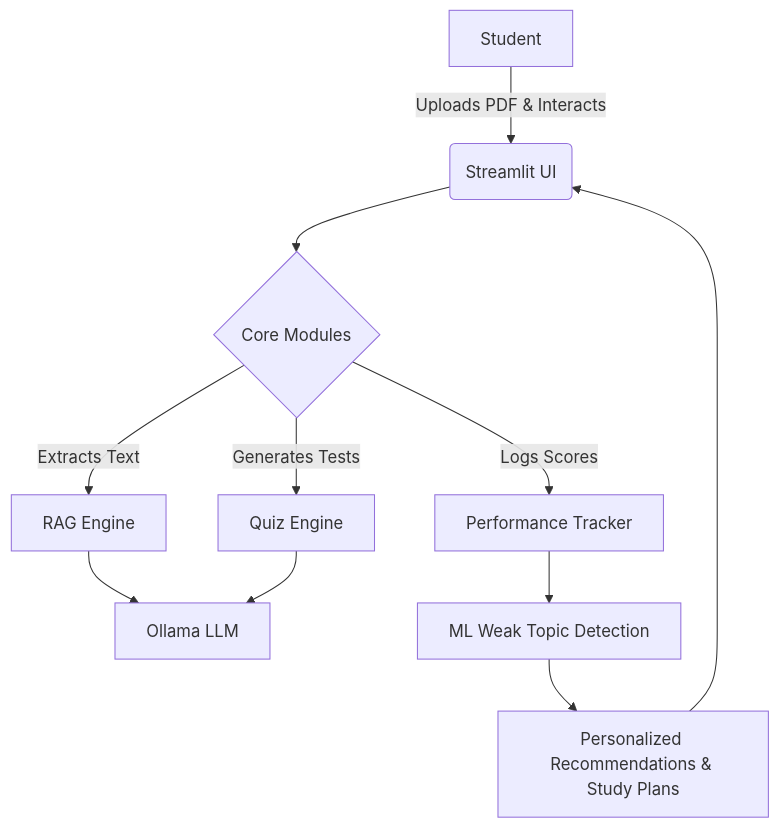
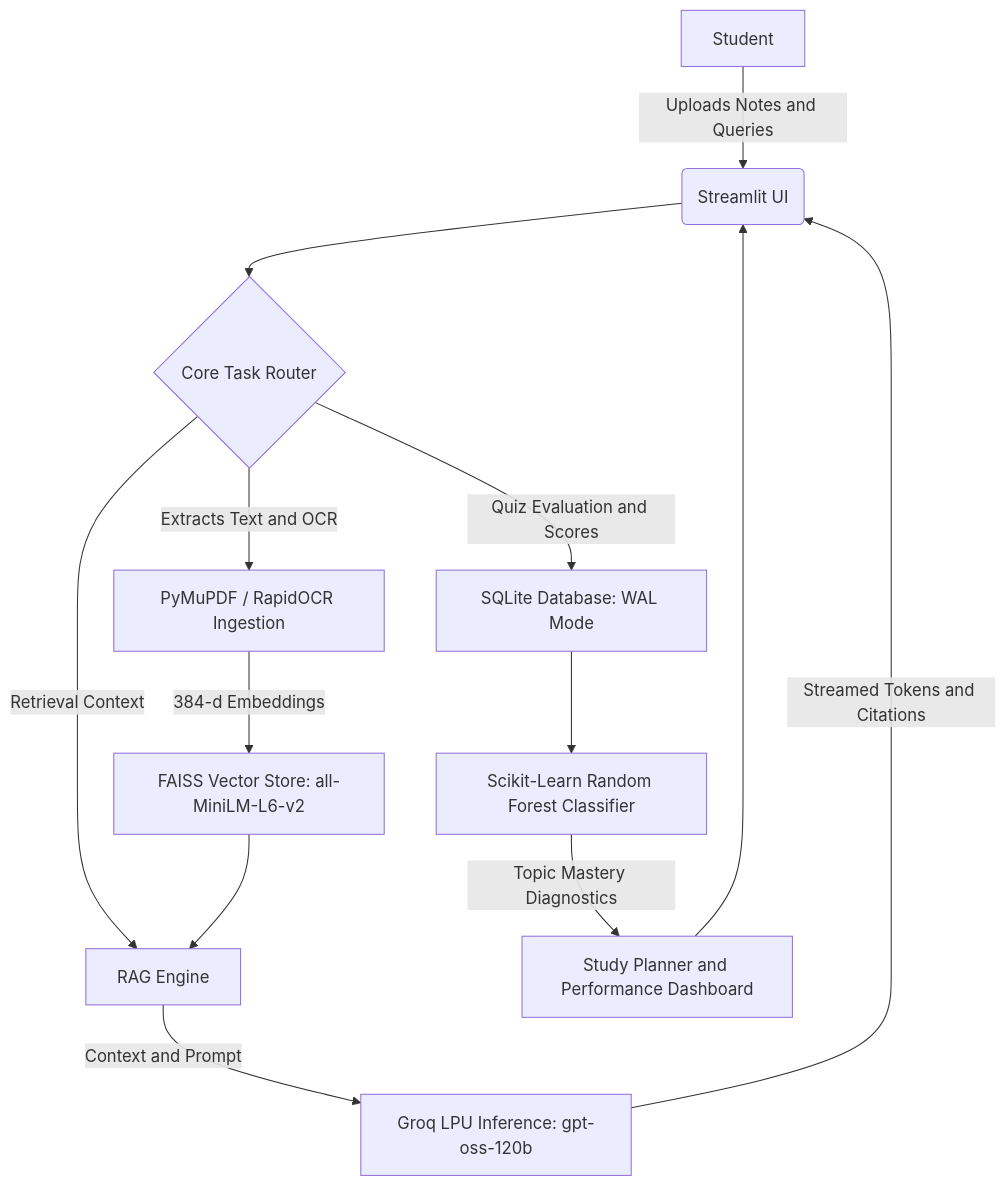
One commit to bhagyashreesajjan14/AI-Study-Assistant changed the diagram in README.md. Above: the diagram before and after it, drawn with Mermaid. The commit also changed other lines of this file, not shown here.

````diff
--- a/README.md
+++ b/README.md
@@ -35,13 +43,20 @@
 ```mermaid
 flowchart TD
-    A[Student] -->|Uploads PDF & Interacts| B(Streamlit UI)
-    B --> C{Core Modules}
-    C -->|Extracts Text| D[RAG Engine]
-    C -->|Generates Tests| E[Quiz Engine]
-    C -->|Logs Scores| F[Performance Tracker]
-    D --> G[Ollama LLM]
-    E --> G
-    F --> H[ML Weak Topic Detection]
-    H --> I[Personalized Recommendations & Study Plans]
-    I --> B
+    A[Student] -->|Uploads Notes and Queries| B(Streamlit UI)
+    B --> C{Core Task Router}
+
+    C -->|Extracts Text and OCR| D[PyMuPDF / RapidOCR Ingestion]
+    D -->|384-d Embeddings| E[FAISS Vector Store: all-MiniLM-L6-v2]
+
+    C -->|Retrieval Context| F[RAG Engine]
+    E --> F
+
+    F -->|Context and Prompt| G[Groq LPU Inference: gpt-oss-120b]
+    G -->|Streamed Tokens and Citations| B
+
+    C -->|Quiz Evaluation and Scores| H[SQLite Database: WAL Mode]
+    H --> I[Scikit-Learn Random Forest Classifier]
+
+    I -->|Topic Mastery Diagnostics| J[Study Planner and Performance Dashboard]
+    J --> B
 ```
````
